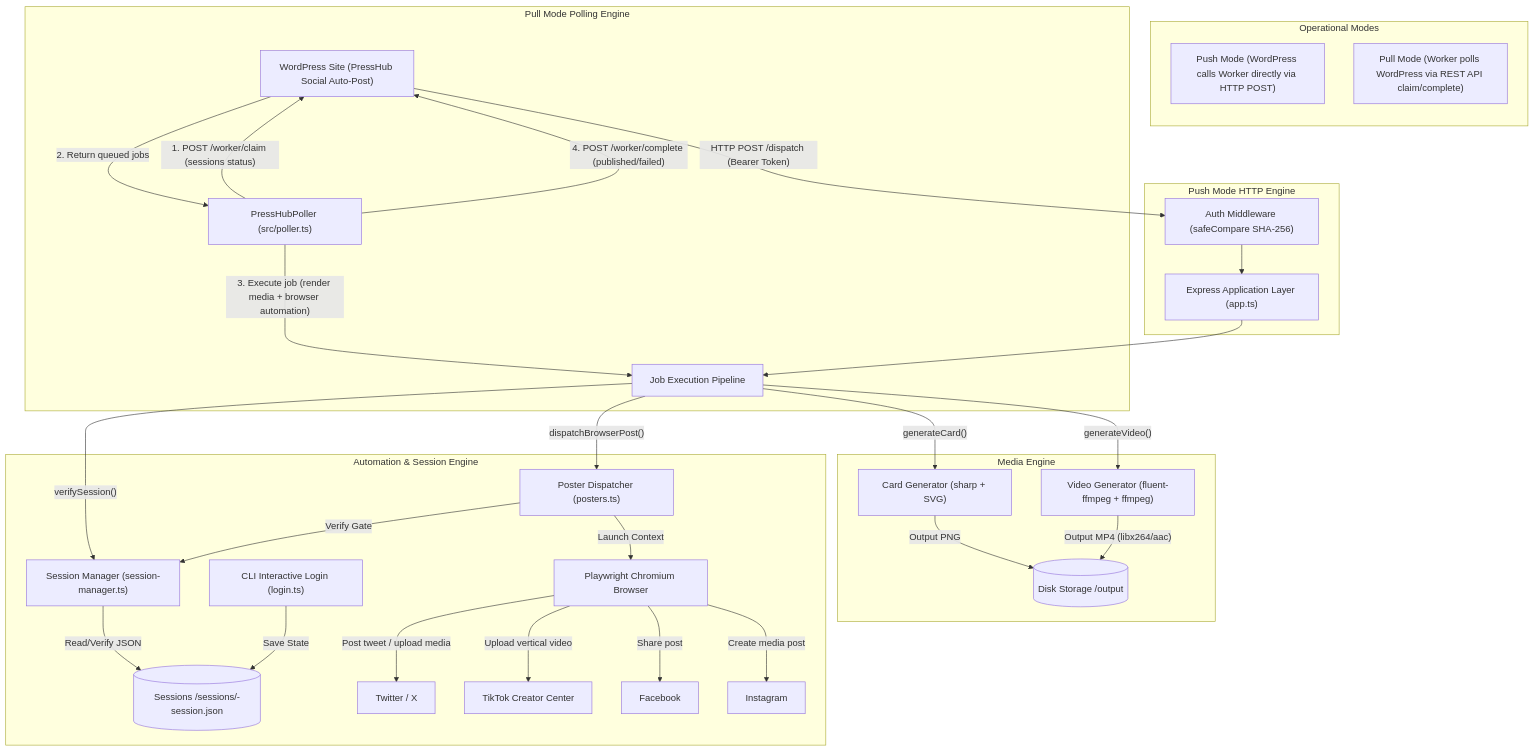
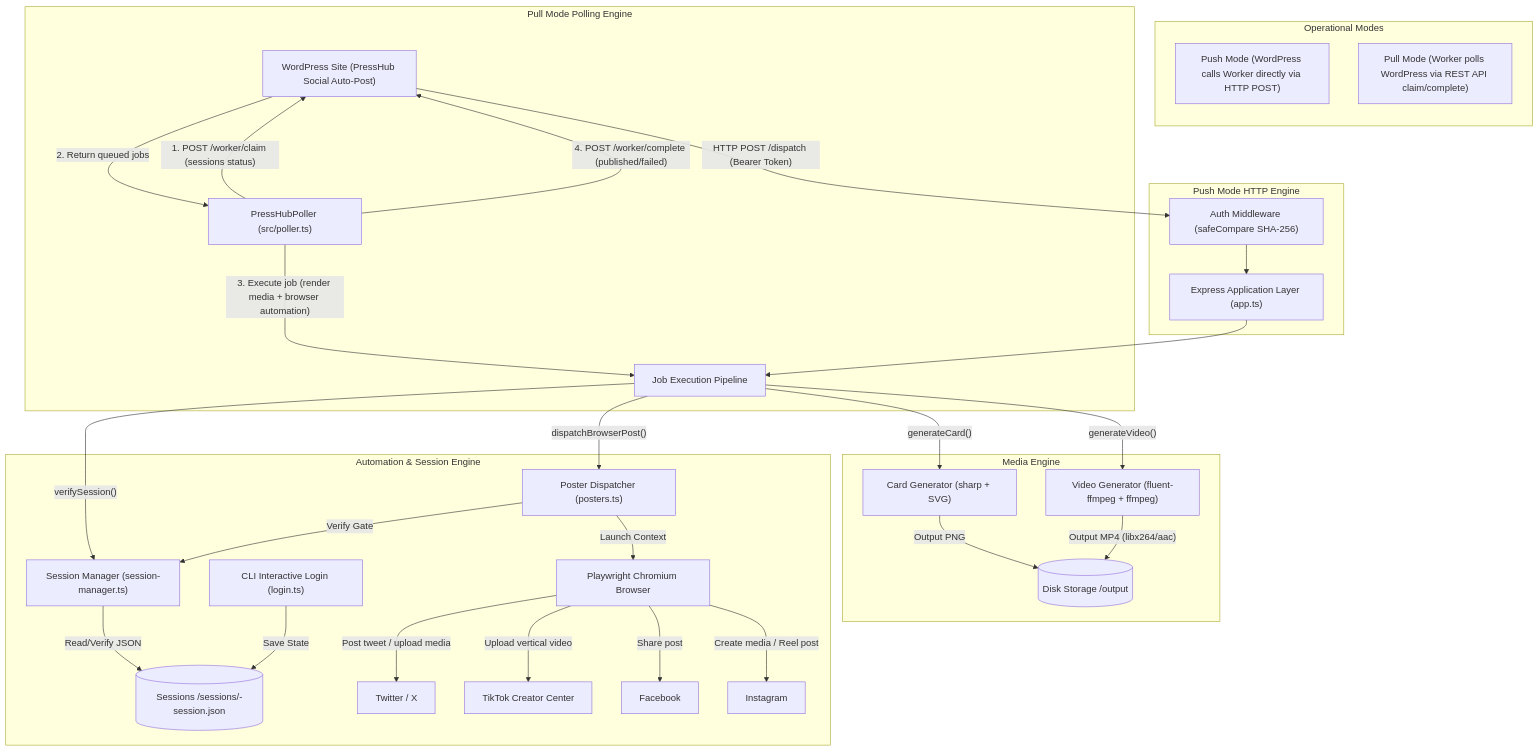
The diagram in presshub-social-worker/architecture.md (eeftychiou/presshub), drawn with Mermaid before and after one commit. The commit also changed 11 other files, not shown here.

Commit message:
feat(social): add Instagram Reels shorts support and Graph API container polling

````diff
--- a/presshub-social-worker/architecture.md
+++ b/presshub-social-worker/architecture.md
@@ -3,45 +3,45 @@
 ```mermaid
 flowchart TD
     subgraph Operational Modes
         direction TB
         PushMode["Push Mode (WordPress calls Worker directly via HTTP POST)"]
         PullMode["Pull Mode (Worker polls WordPress via REST API claim/complete)"]
     end
 
     WP["WordPress Site (PressHub Social Auto-Post)"]
 
     subgraph Pull Mode Polling Engine
         Poller["PressHubPoller (src/poller.ts)"]
         Poller -->|"1. POST /worker/claim (sessions status)"| WP
         WP -->|"2. Return queued jobs"| Poller
         Poller -->|"3. Execute job (render media + browser automation)"| Exec["Job Execution Pipeline"]
         Poller -->|"4. POST /worker/complete (published/failed)"| WP
     end
 
     subgraph Push Mode HTTP Engine
         WP -->|"HTTP POST /dispatch (Bearer Token)"| Auth["Auth Middleware (safeCompare SHA-256)"]
         Auth --> App["Express Application Layer (app.ts)"]
         App --> Exec
     end
 
     subgraph Media Engine
         Exec -->|"generateCard()"| CardGen["Card Generator (sharp + SVG)"]
         Exec -->|"generateVideo()"| VideoGen["Video Generator (fluent-ffmpeg + ffmpeg)"]
         CardGen -->|"Output PNG"| DiskStorage[("Disk Storage /output")]
         VideoGen -->|"Output MP4 (libx264/aac)"| DiskStorage
     end
 
     subgraph Automation & Session Engine
         Exec -->|"verifySession()"| SessionMgr["Session Manager (session-manager.ts)"]
         SessionMgr -->|"Read/Verify JSON"| SessionsDir[("Sessions /sessions/<platform>-session.json")]
         CLI["CLI Interactive Login (login.ts)"] -->|"Save State"| SessionsDir
 
         Exec -->|"dispatchBrowserPost()"| PosterDispatcher["Poster Dispatcher (posters.ts)"]
         PosterDispatcher -->|"Verify Gate"| SessionMgr
         PosterDispatcher -->|"Launch Context"| PlaywrightEngine["Playwright Chromium Browser"]
         PlaywrightEngine -->|"Post tweet / upload media"| Twitter["Twitter / X"]
         PlaywrightEngine -->|"Upload vertical video"| TikTok["TikTok Creator Center"]
         PlaywrightEngine -->|"Share post"| Facebook["Facebook"]
-        PlaywrightEngine -->|"Create media post"| Instagram["Instagram"]
+        PlaywrightEngine -->|"Create media / Reel post"| Instagram["Instagram"]
     end
 ```
````
